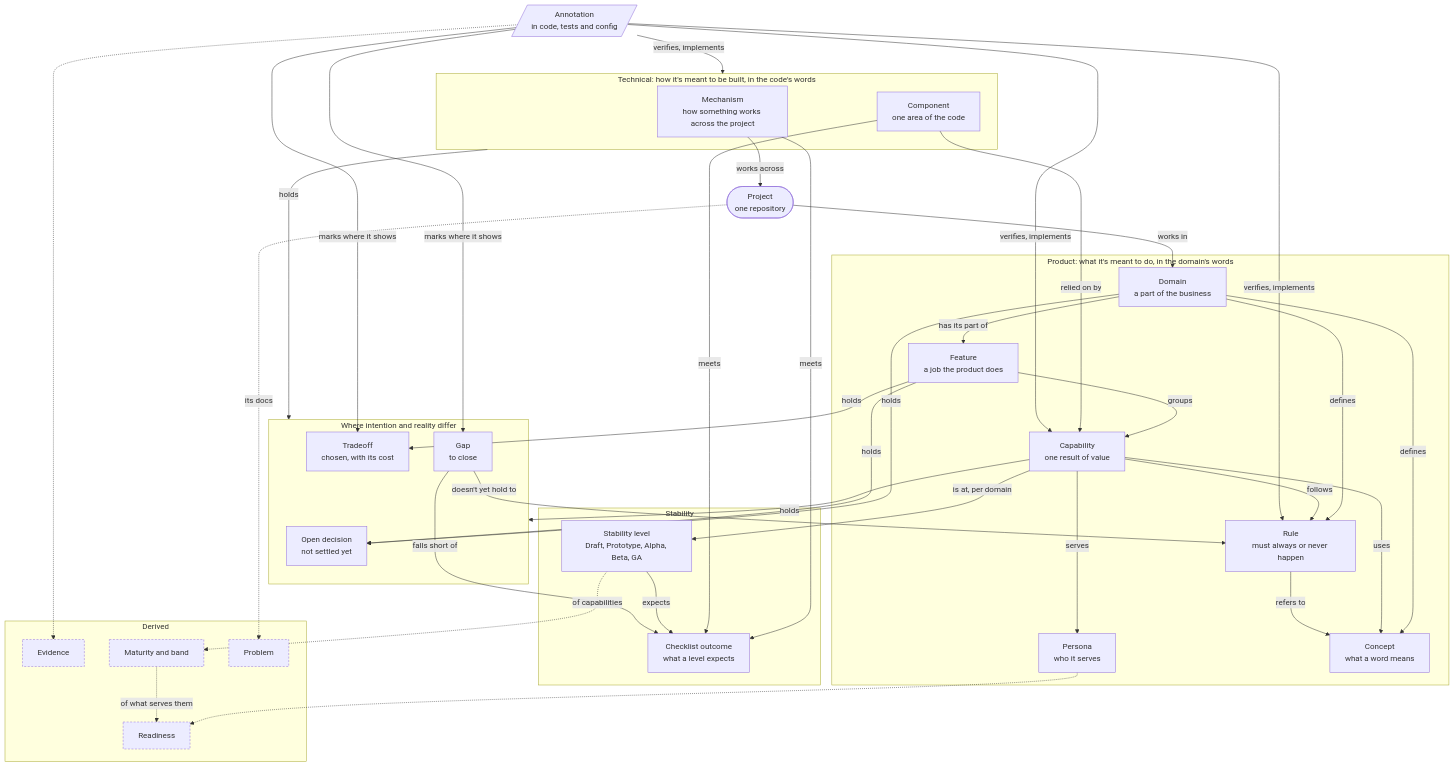
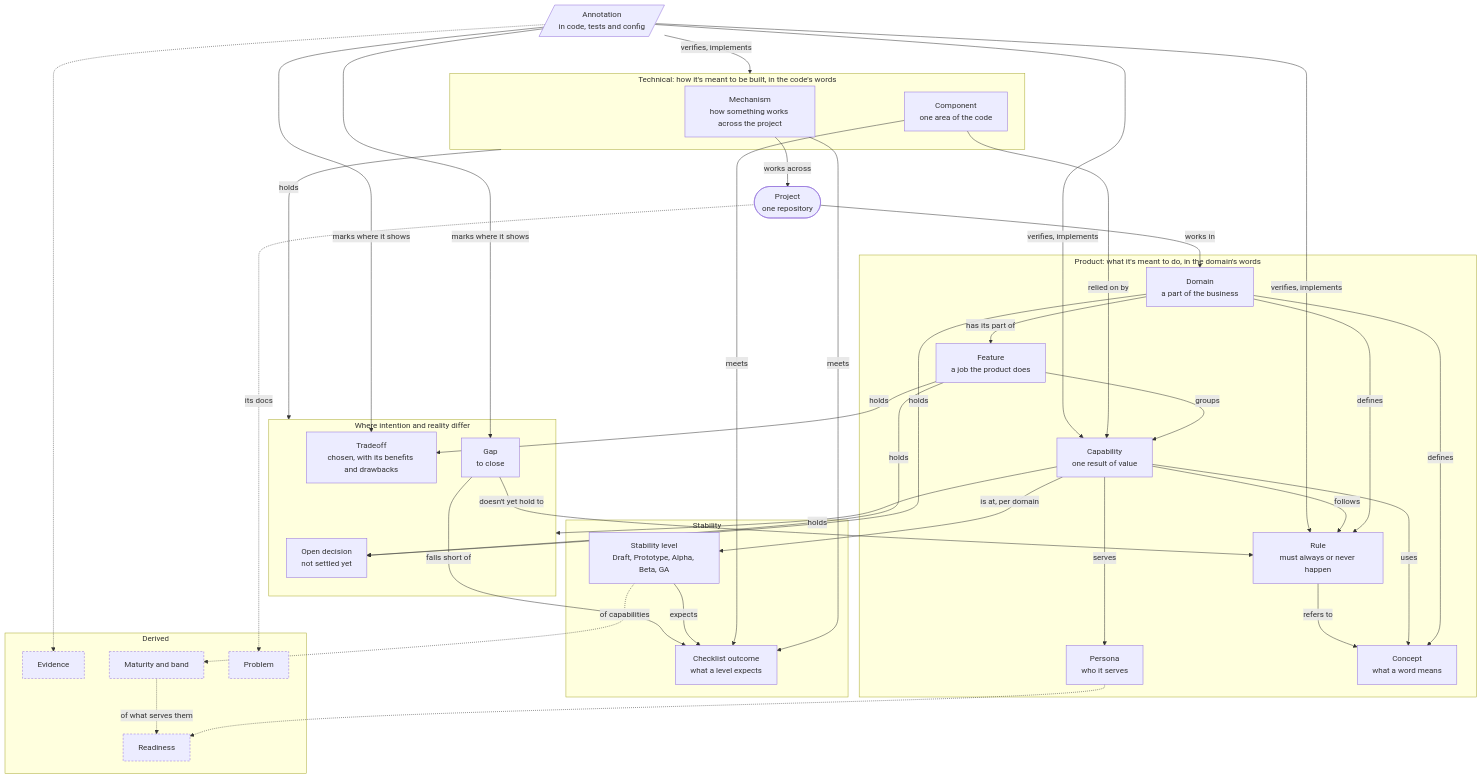
Before and after one commit to docqet/docqet: the diagram in docs/domain/overview.md, drawn with Mermaid. The commit also changed other lines of this file and 187 other files, not shown here.

````diff
--- a/docs/domain/overview.md
+++ b/docs/domain/overview.md
@@ -65,74 +65,74 @@
 ```mermaid
 flowchart TB
   project(["Project<br/>one repository"])
 
   subgraph product ["Product: what it's meant to do, in the domain's words"]
     domain["Domain<br/>a part of the business"]
     feature["Feature<br/>a job the product does"]
     capability["Capability<br/>one result of value"]
     persona["Persona<br/>who it serves"]
     rule["Rule<br/>must always or never happen"]
     concept["Concept<br/>what a word means"]
   end
 
   subgraph technical ["Technical: how it's meant to be built, in the code's words"]
     mechanism["Mechanism<br/>how something works across the project"]
     component["Component<br/>one area of the code"]
   end
 
   subgraph differ ["Where intention and reality differ"]
     decision["Open decision<br/>not settled yet"]
     gap["Gap<br/>to close"]
-    tradeoff["Tradeoff<br/>chosen, with its cost"]
+    tradeoff["Tradeoff<br/>chosen, with its benefits and drawbacks"]
   end
 
   subgraph stability ["Stability"]
     level["Stability level<br/>Draft, Prototype, Alpha, Beta, GA"]
     outcome["Checklist outcome<br/>what a level expects"]
   end
 
   annotation[/"Annotation<br/>in code, tests and config"/]
 
   subgraph derived ["Derived"]
     evidence["Evidence"]
     maturity["Maturity and band"]
     readiness["Readiness"]
     problem["Problem"]
   end
 
   project -- "works in" --> domain
   domain -- "has its part of" --> feature
   domain -- "defines" --> rule & concept
   feature -- "groups" --> capability
   capability -- "serves" --> persona
   capability -- "follows" --> rule
   capability -- "uses" --> concept
   rule -- "refers to" --> concept
 
   component -- "relied on by" --> capability
   mechanism -- "works across" --> project
   mechanism & component -- "meets" --> outcome
 
   capability -- "is at, per domain" --> level
   level -- "expects" --> outcome
 
   domain -- "holds" --> decision
   feature -- "holds" --> decision & tradeoff
   capability -- "holds" --> differ
   technical -- "holds" --> differ
 
   gap -- "falls short of" --> outcome
   gap -- "doesn't yet hold to" --> rule
 
   annotation -- "verifies, implements" --> rule & capability & technical
   annotation -- "marks where it shows" --> gap & tradeoff
 
   annotation -.-> evidence
   level -. "of capabilities" .-> maturity
   persona -.-> readiness
   maturity -. "of what serves them" .-> readiness
   project -. "its docs" .-> problem
 
   classDef derivedNode stroke-dasharray: 4 3
   class evidence,maturity,readiness,problem derivedNode
 ```
````
